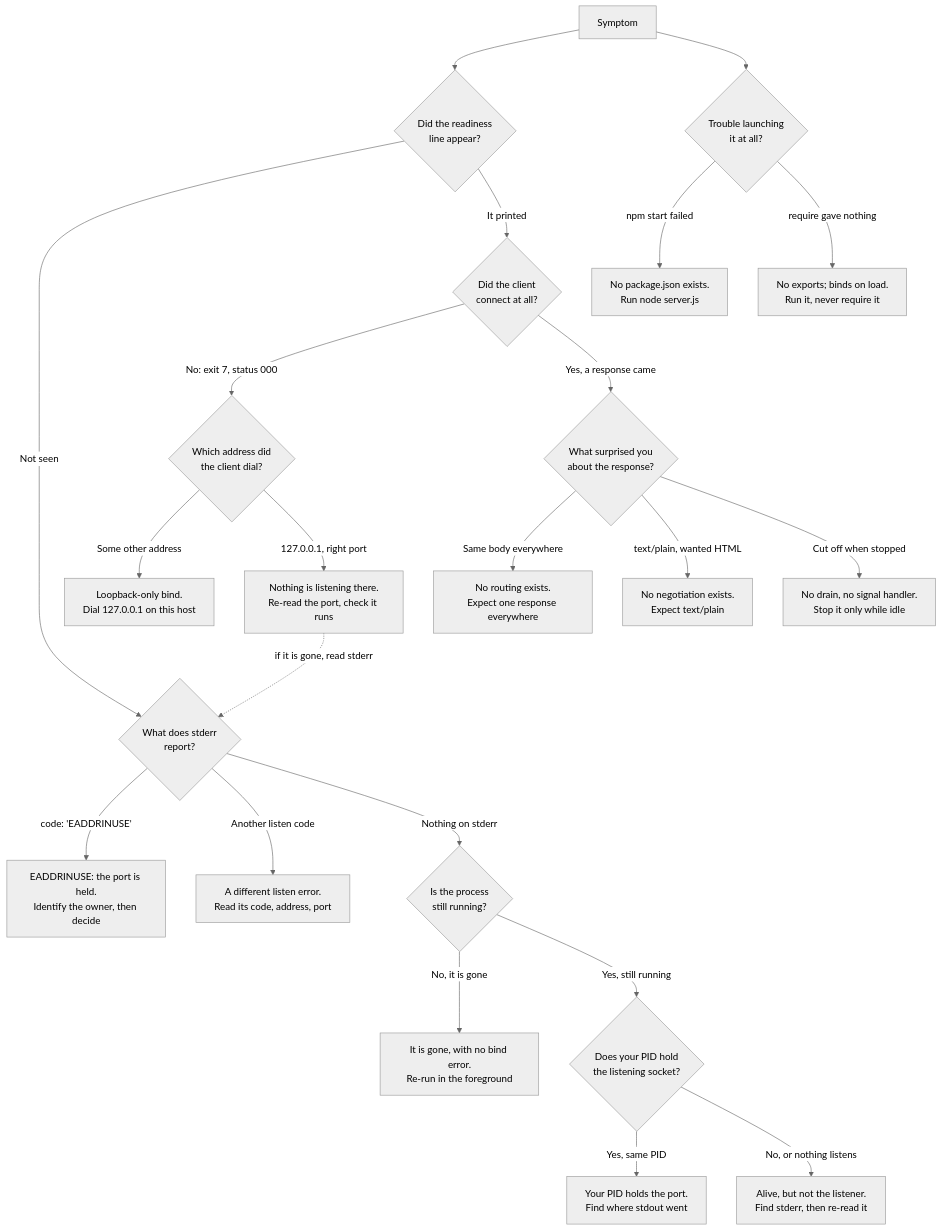
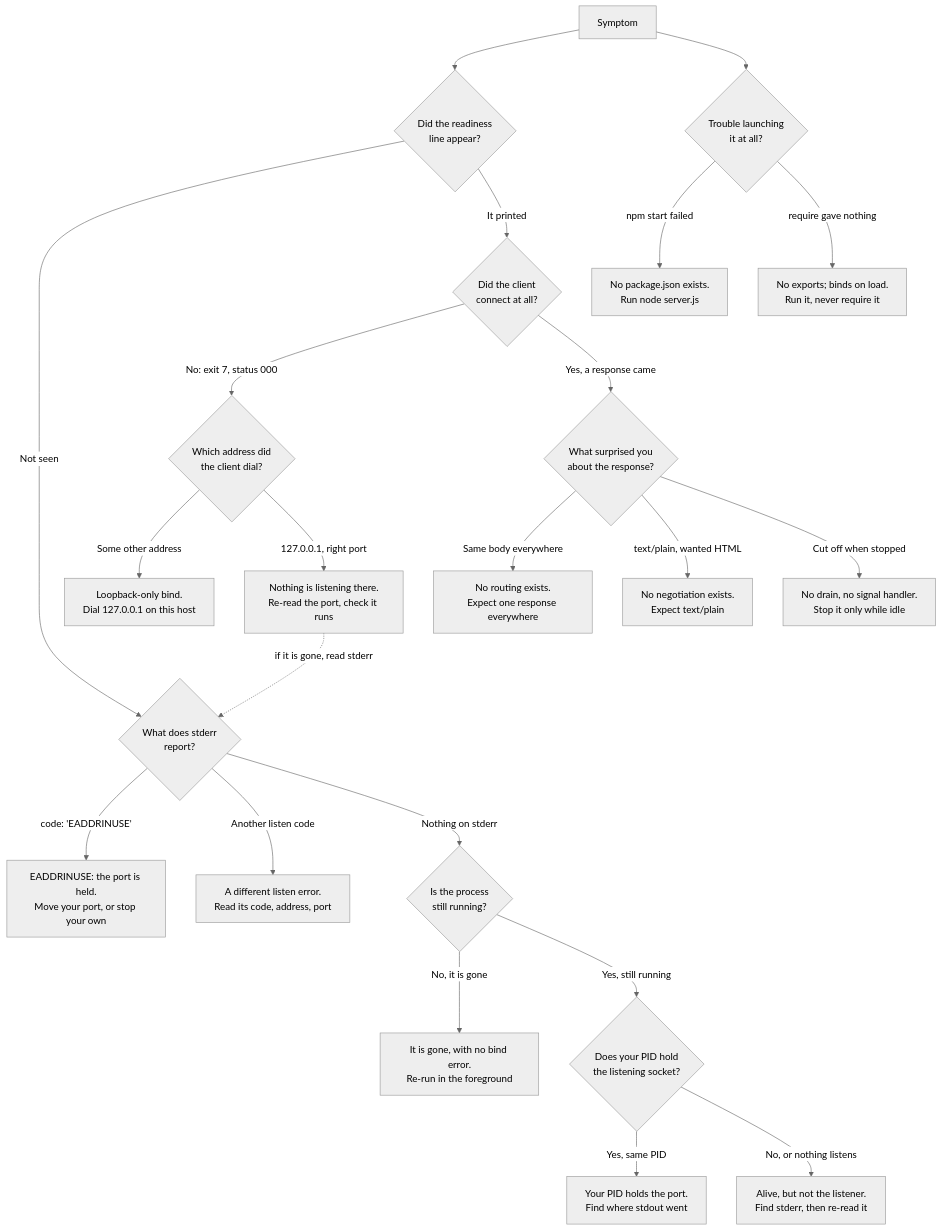
The diagram in docs/troubleshooting.md (ajitblitzy/Ajit_GH_Repo-12-Mar-26), drawn with Mermaid (neutral theme) before and after one commit. The commit also changed other lines of this file and 13 other files, not shown here.

````diff
--- a/docs/troubleshooting.md
+++ b/docs/troubleshooting.md
@@ -510,52 +605,47 @@
 ```mermaid
 flowchart TD
     S["Symptom"]
     Q0{"Did the readiness<br/>line appear?"}
     Q1{"What does stderr<br/>report?"}
     Q1c{"Is the process<br/>still running?"}
     Q1e{"Does your PID hold<br/>the listening socket?"}
     Q2{"Did the client<br/>connect at all?"}
     Q2a{"Which address did<br/>the client dial?"}
     Q3{"What surprised you<br/>about the response?"}
     Q4{"Trouble launching<br/>it at all?"}
-    R1["EADDRINUSE: the port is held.<br/>Identify the owner, then decide"]
+    R1["EADDRINUSE: the port is held.<br/>Move your port, or stop your own"]
     R1b["A different listen error.<br/>Read its code, address, port"]
     R1c["Your PID holds the port.<br/>Find where stdout went"]
     R1d["It is gone, with no bind error.<br/>Re-run in the foreground"]
     R1e["Alive, but not the listener.<br/>Find stderr, then re-read it"]
     R2["Loopback-only bind.<br/>Dial 127.0.0.1 on this host"]
     R2b["Nothing is listening there.<br/>Re-read the port, check it runs"]
     R3["No routing exists.<br/>Expect one response everywhere"]
     R4["No negotiation exists.<br/>Expect text/plain"]
     R5["No drain, no signal handler.<br/>Stop it only while idle"]
     R6["No package.json exists.<br/>Run node server.js"]
     R7["No exports; binds on load.<br/>Run it, never require it"]
     S --> Q0
     S --> Q4
     Q0 -- "Not seen" --> Q1
     Q1 -- "code: 'EADDRINUSE'" --> R1
     Q1 -- "Another listen code" --> R1b
     Q1 -- "Nothing on stderr" --> Q1c
     Q1c -- "No, it is gone" --> R1d
     Q1c -- "Yes, still running" --> Q1e
     Q1e -- "Yes, same PID" --> R1c
     Q1e -- "No, or nothing listens" --> R1e
     Q0 -- "It printed" --> Q2
     Q2 -- "No: exit 7, status 000" --> Q2a
     Q2a -- "Some other address" --> R2
     Q2a -- "127.0.0.1, right port" --> R2b
     R2b -. "if it is gone, read stderr" .-> Q1
     Q2 -- "Yes, a response came" --> Q3
     Q3 -- "Same body everywhere" --> R3
     Q3 -- "text/plain, wanted HTML" --> R4
     Q3 -- "Cut off when stopped" --> R5
     Q4 -- "npm start failed" --> R6
     Q4 -- "require gave nothing" --> R7
-%% Predicates are deliberately observable: the error code, the address
-%% dialled, whether the process still runs, and whether its PID is the one
-%% holding the socket. A missing readiness line decides nothing on its own,
-%% which is why Q1, Q1c and Q1e follow it. Liveness and listener presence
-%% are asked separately because a live process need not be the listener.
 %% No graceful-shutdown branch exists to draw: no signal handler and no
 %% server.close() call appear anywhere. Source: server.js:L1-L14
 ```
````
